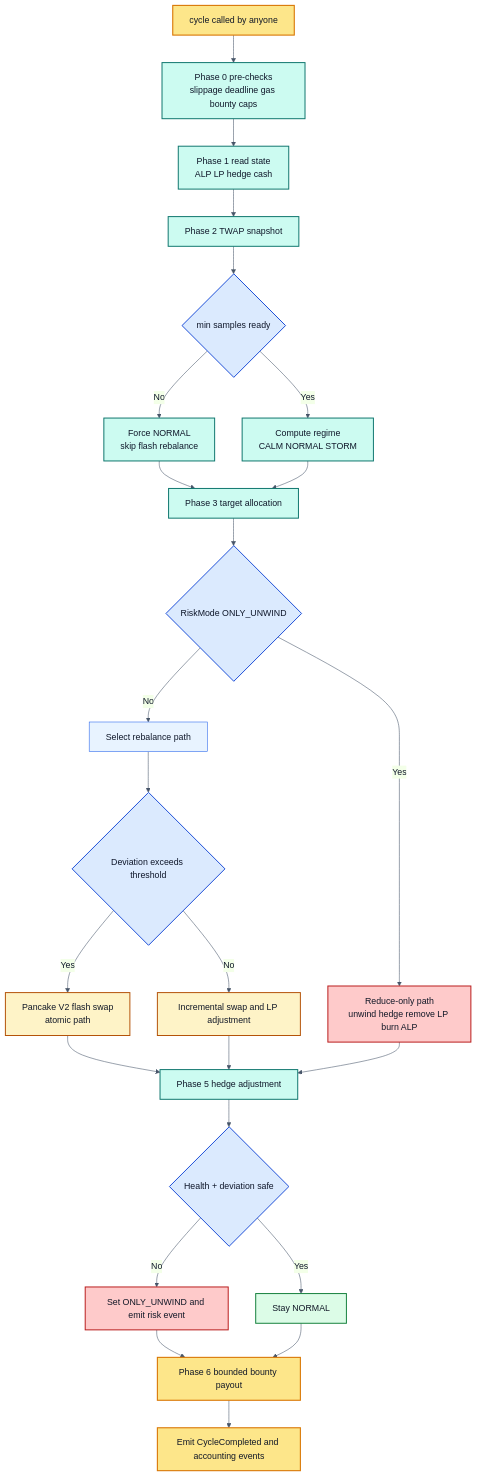
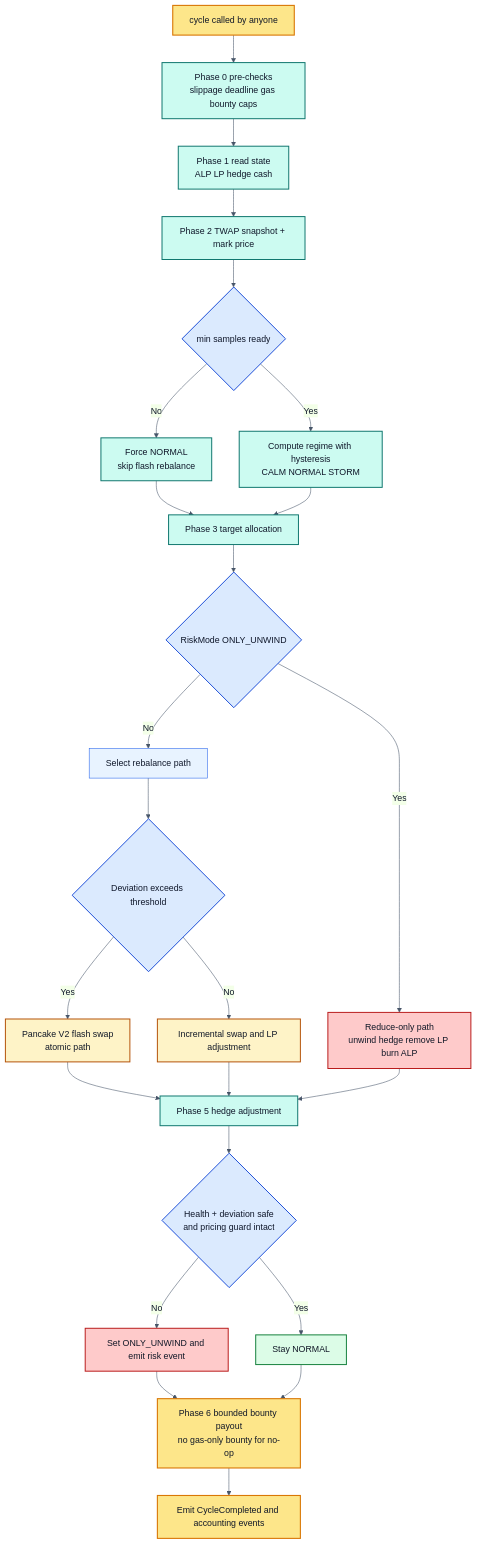
One commit to peter941221/Hackathon-Self-Driving-Yield changed the diagram in README.md. Above: the diagram before and after it, drawn with Mermaid. The commit also changed other lines of this file and 4 other files, not shown here.

````diff
--- a/README.md
+++ b/README.md
@@ -112,41 +157,41 @@
 ```mermaid
 %%{init: {"theme":"base","themeVariables":{"fontFamily":"ui-monospace, SFMono-Regular, Menlo, Monaco, Consolas, monospace","lineColor":"#475569","primaryColor":"#e8f3ff","primaryBorderColor":"#2563eb","primaryTextColor":"#0f172a"}}}%%
 flowchart TD
   A[cycle called by anyone] --> B[Phase 0 pre-checks<br/>slippage deadline gas bounty caps]
   B --> C[Phase 1 read state<br/>ALP LP hedge cash]
-  C --> D[Phase 2 TWAP snapshot]
+  C --> D[Phase 2 TWAP snapshot + mark price]
   D --> E{min samples ready}
   E -->|No| F[Force NORMAL<br/>skip flash rebalance]
-  E -->|Yes| G[Compute regime<br/>CALM NORMAL STORM]
+  E -->|Yes| G[Compute regime with hysteresis<br/>CALM NORMAL STORM]
   F --> H[Phase 3 target allocation]
   G --> H
   H --> I{RiskMode ONLY_UNWIND}
   I -->|Yes| J[Reduce-only path<br/>unwind hedge remove LP burn ALP]
   I -->|No| K[Select rebalance path]
   K --> L{Deviation exceeds threshold}
   L -->|Yes| M[Pancake V2 flash swap<br/>atomic path]
   L -->|No| N[Incremental swap and LP adjustment]
   M --> O[Phase 5 hedge adjustment]
   N --> O
   J --> O
-  O --> P{Health + deviation safe}
+  O --> P{Health + deviation safe<br/>and pricing guard intact}
   P -->|No| Q[Set ONLY_UNWIND and emit risk event]
   P -->|Yes| R[Stay NORMAL]
-  Q --> S[Phase 6 bounded bounty payout]
+  Q --> S[Phase 6 bounded bounty payout<br/>no gas-only bounty for no-op]
   R --> S
   S --> T[Emit CycleCompleted and accounting events]
 
   classDef start fill:#fde68a,stroke:#d97706,color:#111827,stroke-width:2px
   classDef compute fill:#ccfbf1,stroke:#0f766e,color:#0f172a,stroke-width:1.8px
   classDef decision fill:#dbeafe,stroke:#1d4ed8,color:#0f172a,stroke-width:1.8px
   classDef risk fill:#fecaca,stroke:#b91c1c,color:#111827,stroke-width:1.8px
   classDef rebalance fill:#fef3c7,stroke:#b45309,color:#111827,stroke-width:1.8px
   classDef stable fill:#dcfce7,stroke:#15803d,color:#111827,stroke-width:1.8px
 
   class A,S,T start
   class B,C,D,F,G,H,O compute
   class E,I,L,P decision
   class J,Q risk
   class M,N rebalance
   class R stable
 ```
````
